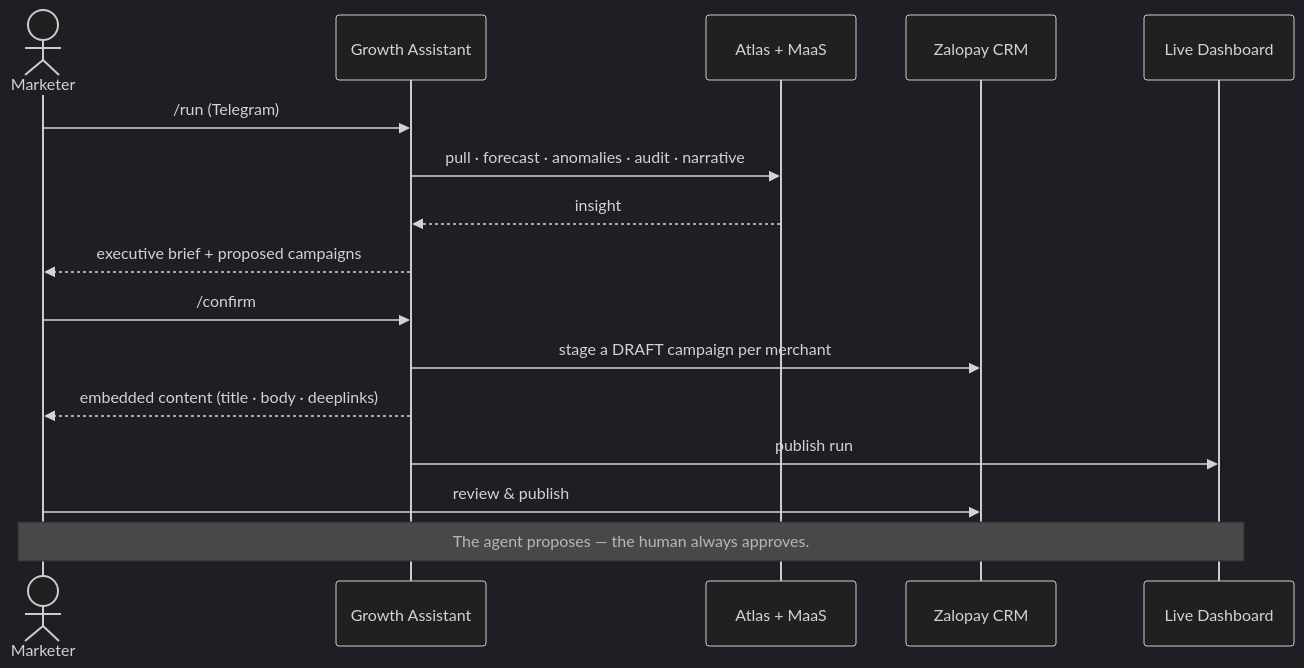
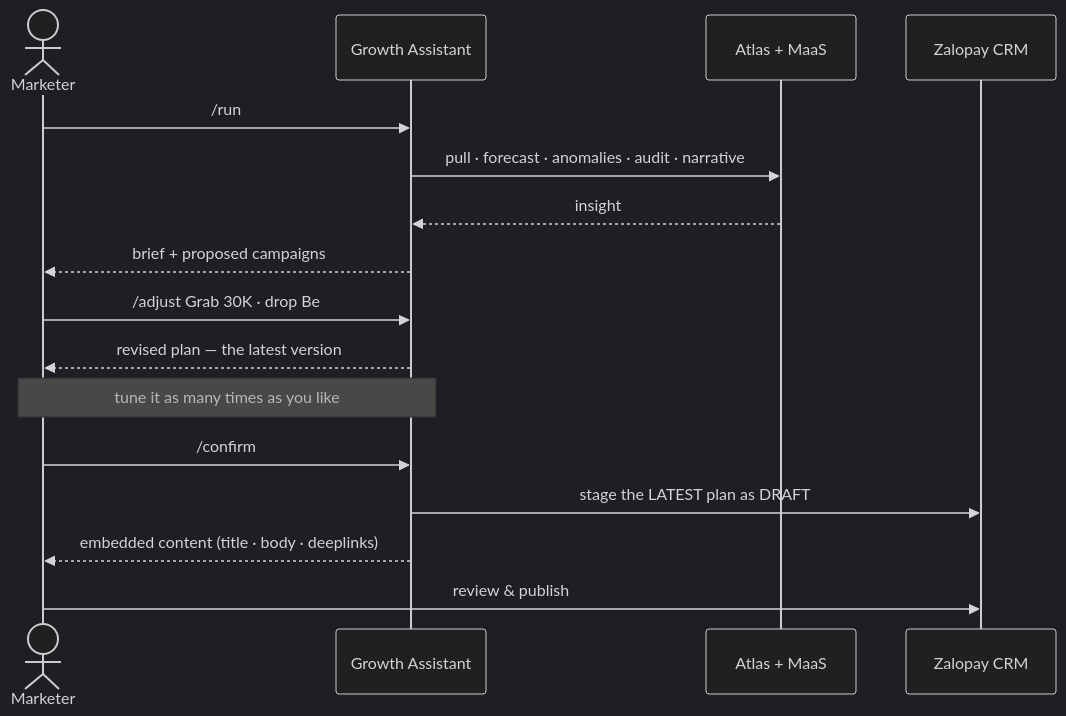
The first of 2 diagrams in README.md (thai-max-nguyen/claw-a-thon-demo-agent-mvp), drawn with Mermaid (dark theme) before and after one commit. The commit also changed other lines of this file and 9 other files, not shown here.

````diff
--- a/README.md
+++ b/README.md
@@ -76,18 +59,18 @@
 ```mermaid
 sequenceDiagram
   actor M as Marketer
   participant A as Growth Assistant
   participant X as Atlas + MaaS
   participant C as Zalopay CRM
-  participant DB as Live Dashboard
-  M->>A: /run (Telegram)
+  M->>A: /run
   A->>X: pull · forecast · anomalies · audit · narrative
   X-->>A: insight
-  A-->>M: executive brief + proposed campaigns
+  A-->>M: brief + proposed campaigns
+  M->>A: /adjust Grab 30K · drop Be
+  A-->>M: revised plan — the latest version
+  Note over M,A: tune it as many times as you like
   M->>A: /confirm
-  A->>C: stage a DRAFT campaign per merchant
+  A->>C: stage the LATEST plan as DRAFT
   A-->>M: embedded content (title · body · deeplinks)
-  A->>DB: publish run
   M->>C: review & publish
-  Note over M,DB: The agent proposes — the human always approves.
 ```
````
